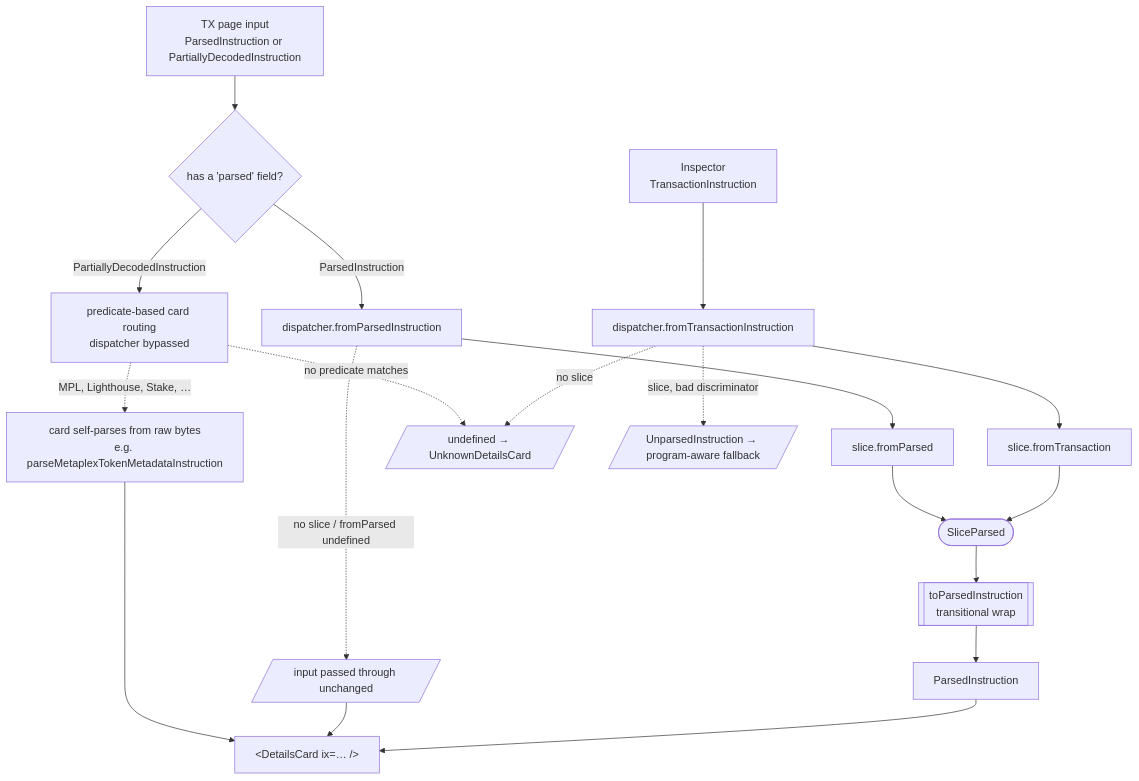
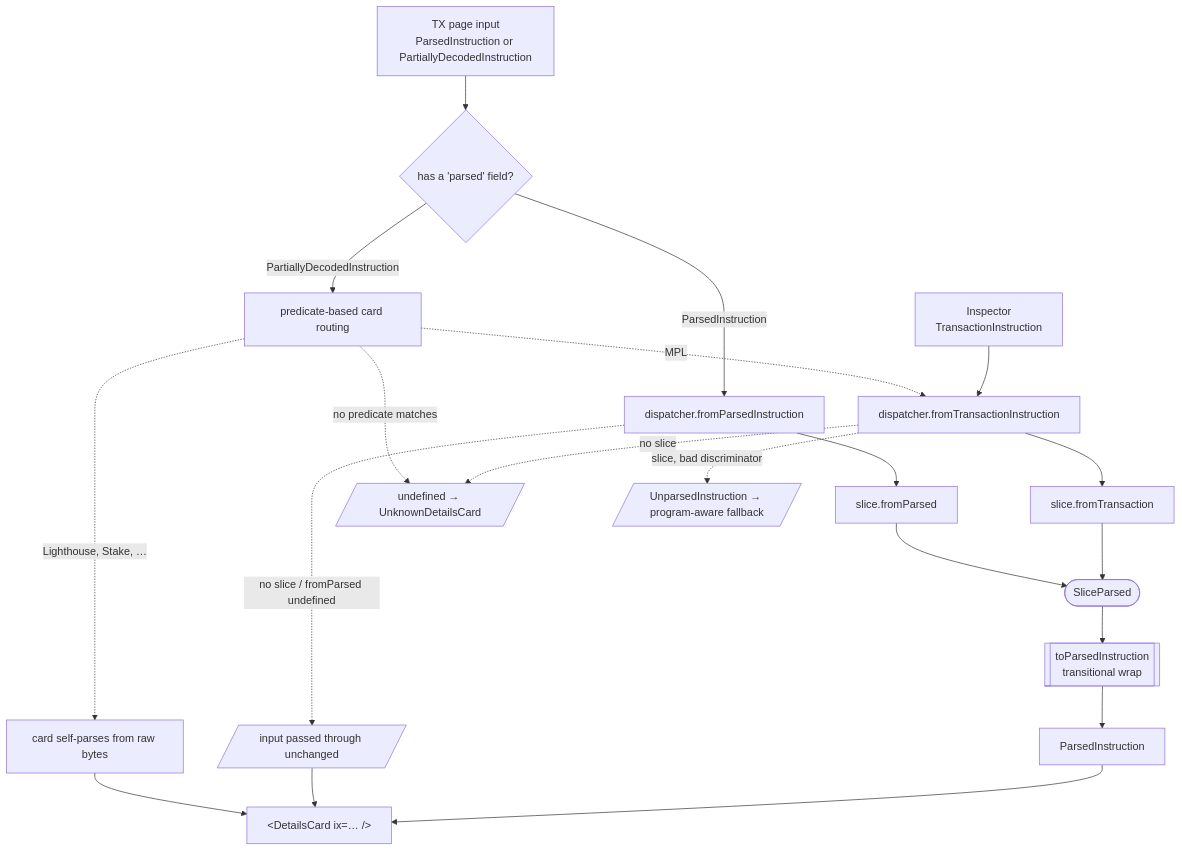
One commit to solana-foundation/explorer changed the diagram in openspec/changes/unify-instruction-parsing/specs/instruction-parser/spec.md. Above: the diagram before and after it, drawn with Mermaid. The commit also changed other lines of this file and 13 other files, not shown here.

First line of the commit message:
refactor(instruction-card): migrate the Token Metadata card to the surface (#1437)

````diff
--- a/openspec/changes/unify-instruction-parsing/specs/instruction-parser/spec.md
+++ b/openspec/changes/unify-instruction-parsing/specs/instruction-parser/spec.md
@@ -9,26 +9,27 @@
 ```mermaid
 flowchart TD
     A[Inspector<br/>TransactionInstruction] --> B[dispatcher.fromTransactionInstruction]
     C[TX page input<br/>ParsedInstruction or PartiallyDecodedInstruction] --> Q{has a 'parsed' field?}
     Q -- ParsedInstruction --> D[dispatcher.fromParsedInstruction]
-    Q -- PartiallyDecodedInstruction --> K[predicate-based card routing<br/>dispatcher bypassed]
+    Q -- PartiallyDecodedInstruction --> K[predicate-based card routing]
 
     B --> E[slice.fromTransaction]
     D --> F[slice.fromParsed]
 
     E --> G([SliceParsed])
     F --> G
 
     G --> H[[toParsedInstruction<br/>transitional wrap]]
     H --> I[ParsedInstruction]
 
     B -. no slice .-> U[/undefined → UnknownDetailsCard/]
     B -. slice, bad discriminator .-> N[/UnparsedInstruction → program-aware fallback/]
     D -. no slice / fromParsed undefined .-> R[/input passed through unchanged/]
-    K -. MPL, Lighthouse, Stake, … .-> KK[card self-parses from raw bytes<br/>e.g. parseMetaplexTokenMetadataInstruction]
+    K -. MPL .-> B
+    K -. Lighthouse, Stake, … .-> KK[card self-parses from raw bytes]
     K -. no predicate matches .-> U
 
     I --> J[&lt;DetailsCard ix=… /&gt;]
     R --> J
     KK --> J
 ```
````
